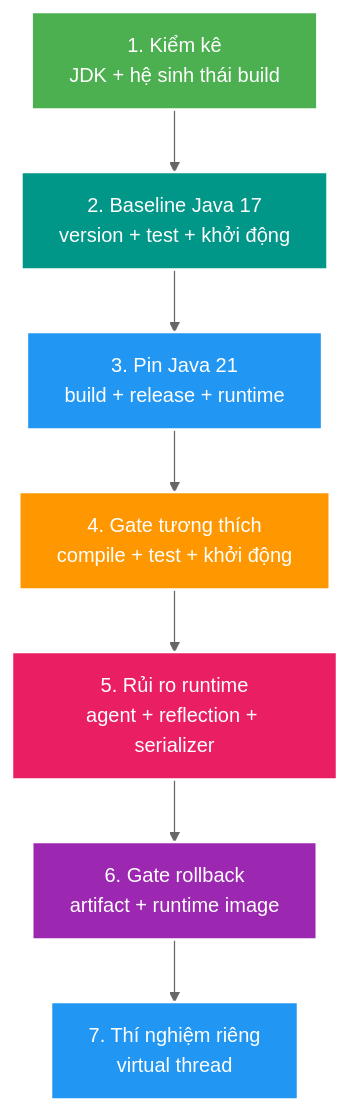
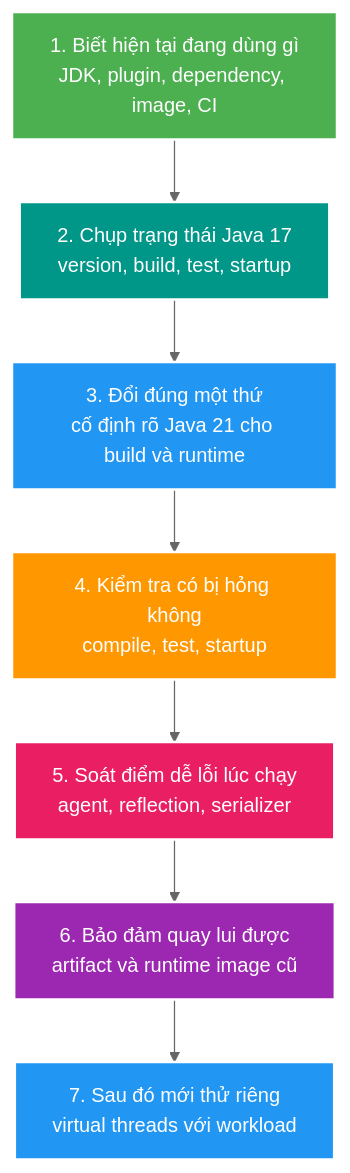
Before and after one commit to HungPhan200591/live-stream-backend: the third of 3 diagrams in docs/learning/topics/java/theory/core/java21-platform-baseline.md, drawn with Mermaid (neutral theme). The commit also changed other lines of this file, not shown here.

Commit message:
docs(java21): update platform baseline documentation for clarity and consistency

````diff
--- a/docs/learning/topics/java/theory/core/java21-platform-baseline.md
+++ b/docs/learning/topics/java/theory/core/java21-platform-baseline.md
@@ -211,17 +217,17 @@
 ```mermaid
 flowchart TB
-    A["1. Kiểm kê<br/>JDK + hệ sinh thái build"] --> B["2. Baseline Java 17<br/>version + test + khởi động"]
-    B --> C["3. Pin Java 21<br/>build + release + runtime"]
-    C --> D["4. Gate tương thích<br/>compile + test + khởi động"]
-    D --> E["5. Rủi ro runtime<br/>agent + reflection + serializer"]
-    E --> F["6. Gate rollback<br/>artifact + runtime image"]
-    F --> G["7. Thí nghiệm riêng<br/>virtual thread"]
+    A["1. Biết hiện tại đang dùng gì<br/>JDK, plugin, dependency, image, CI"] --> B["2. Chụp trạng thái Java 17<br/>version, build, test, startup"]
+    B --> C["3. Đổi đúng một thứ<br/>cố định rõ Java 21 cho build và runtime"]
+    C --> D["4. Kiểm tra có bị hỏng không<br/>compile, test, startup"]
+    D --> E["5. Soát điểm dễ lỗi lúc chạy<br/>agent, reflection, serializer"]
+    E --> F["6. Bảo đảm quay lui được<br/>artifact và runtime image cũ"]
+    F --> G["7. Sau đó mới thử riêng<br/>virtual threads với workload"]
 
     style A fill:#4CAF50,stroke:#fff,stroke-width:2px,color:#fff
     style B fill:#009688,stroke:#fff,stroke-width:2px,color:#fff
     style C fill:#2196F3,stroke:#fff,stroke-width:2px,color:#fff
     style D fill:#FF9800,stroke:#fff,stroke-width:2px,color:#fff
     style E fill:#E91E63,stroke:#fff,stroke-width:2px,color:#fff
     style F fill:#9C27B0,stroke:#fff,stroke-width:2px,color:#fff
     style G fill:#2196F3,stroke:#fff,stroke-width:2px,color:#fff
 ```
````
